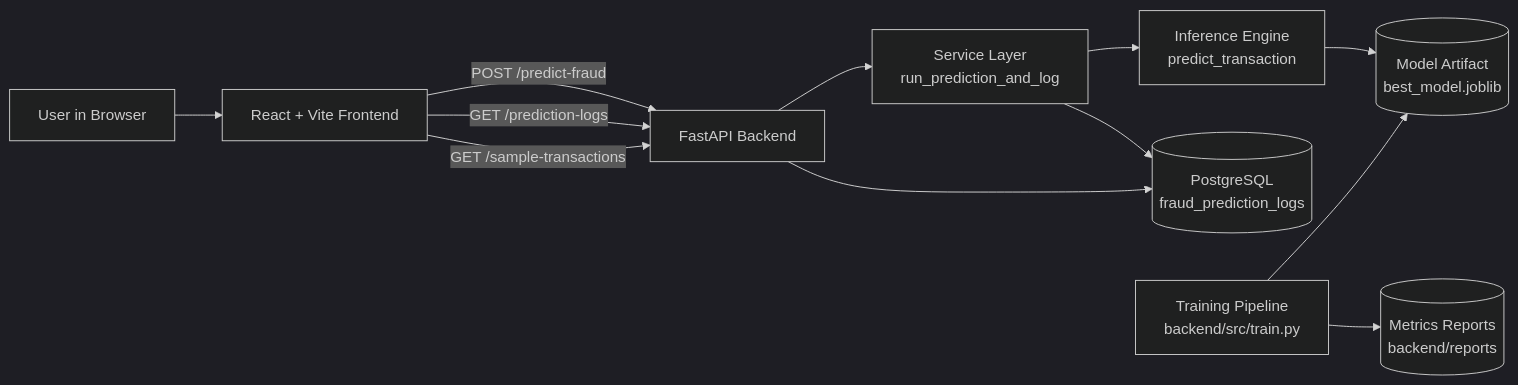
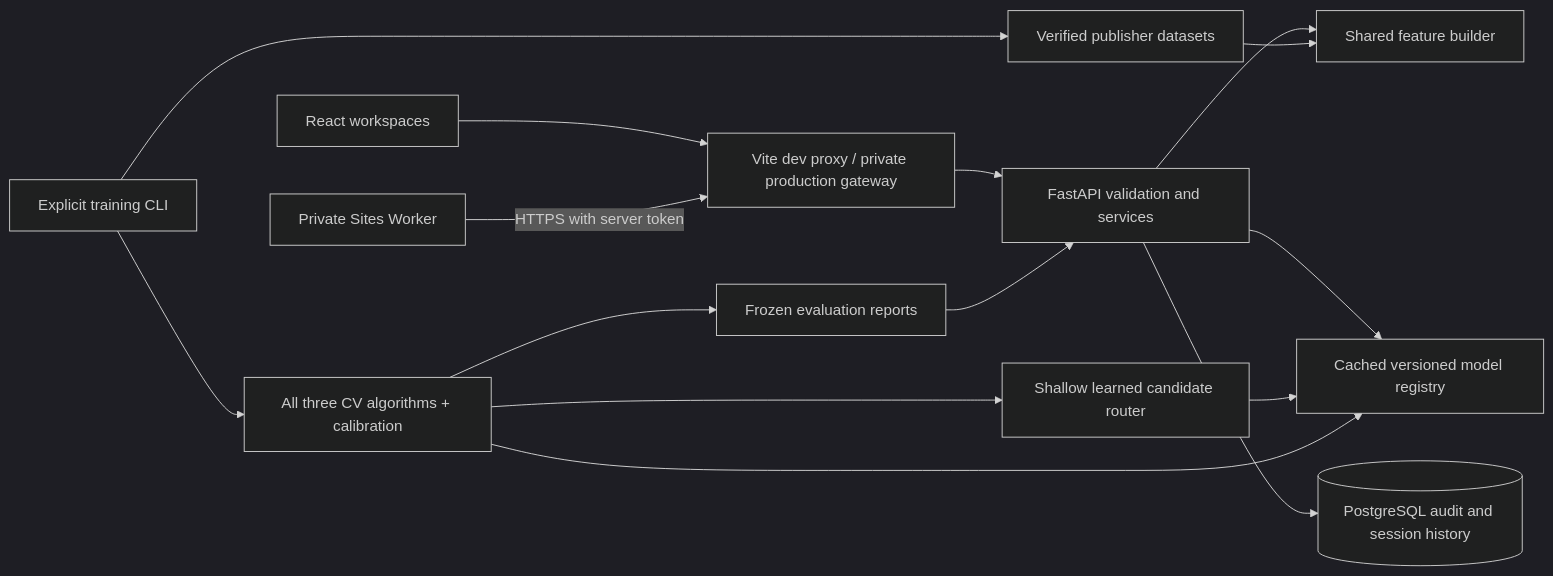
Before and after one commit to bhagyeshmukul/financial-fraud-detection-system: the diagram in PROJECT_ARCHITECTURE.md, drawn with Mermaid (dark theme). The commit also changed other lines of this file and 88 other files, not shown here.

````diff
--- a/PROJECT_ARCHITECTURE.md
+++ b/PROJECT_ARCHITECTURE.md
@@ -7,17 +5,17 @@
 ```mermaid
 flowchart LR
-    User[User in Browser] --> FE[React + Vite Frontend]
-    FE -->|POST /predict-fraud| API[FastAPI Backend]
-    FE -->|GET /prediction-logs| API
-    FE -->|GET /sample-transactions| API
-
-    API --> Service[Service Layer\nrun_prediction_and_log]
-    Service --> Inference[Inference Engine\npredict_transaction]
-    Inference --> Artifact[(Model Artifact\nbest_model.joblib)]
-
-    Service --> DB[(PostgreSQL\nfraud_prediction_logs)]
-    API --> DB
-
-    Train[Training Pipeline\nbackend/src/train.py] --> Artifact
-    Train --> Reports[(Metrics Reports\nbackend/reports)]
+  Browser[React workspaces] --> Gateway[Vite dev proxy / private production gateway]
+  Gateway --> API[FastAPI validation and services]
+  API --> Registry[Cached versioned model registry]
+  API --> Features[Shared feature builder]
+  API --> DB[(PostgreSQL audit and session history)]
+  Train[Explicit training CLI] --> Raw[Verified publisher datasets]
+  Raw --> Features
+  Train --> Models[All three CV algorithms + calibration]
+  Models --> Router[Shallow learned candidate router]
+  Router --> Registry
+  Models --> Registry
+  Models --> Reports[Frozen evaluation reports]
+  Reports --> API
+  Sites[Private Sites Worker] -->|HTTPS with server token| Gateway
 ```
````
